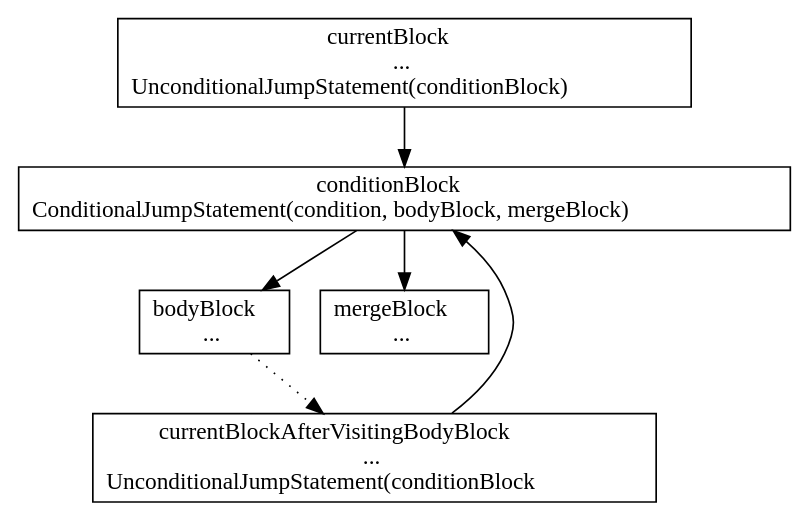
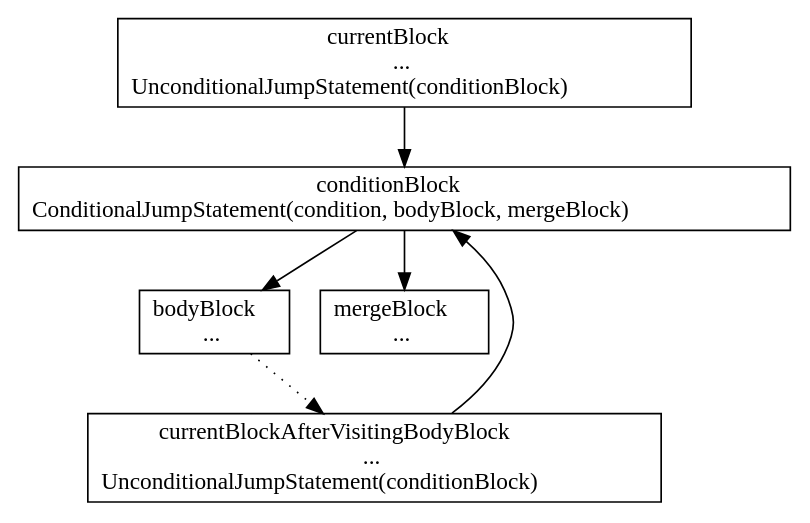
Before and after one commit to andreisilviudragnea/remove-recursion-inspection: the diagram in templates-master/theses/diploma/src/graph/while.dot, drawn with Graphviz. The commit also changed 4 other files, not shown here.

```diff
--- a/templates-master/theses/diploma/src/graph/while.dot
+++ b/templates-master/theses/diploma/src/graph/while.dot
@@ -1,13 +1,13 @@
 digraph G {
     node [shape=box]
     currentBlock [label=<currentBlock<BR/>...<BR/>UnconditionalJumpStatement(conditionBlock)>];
     conditionBlock [label=<conditionBlock<BR/>ConditionalJumpStatement(condition, bodyBlock, mergeBlock)>];
-    currentBlockAfterVisitingBodyBlock [label=<currentBlockAfterVisitingBodyBlock<BR/>...<BR/>UnconditionalJumpStatement(conditionBlock>];
+    currentBlockAfterVisitingBodyBlock [label=<currentBlockAfterVisitingBodyBlock<BR/>...<BR/>UnconditionalJumpStatement(conditionBlock)>];
     bodyBlock [label=<bodyBlock<BR/>...>];
     mergeBlock [label=<mergeBlock<BR/>...>];
     currentBlock -> conditionBlock;
     conditionBlock -> bodyBlock;
     conditionBlock -> mergeBlock;
     bodyBlock -> currentBlockAfterVisitingBodyBlock [style=dotted];
     currentBlockAfterVisitingBodyBlock -> conditionBlock;
 }
```
